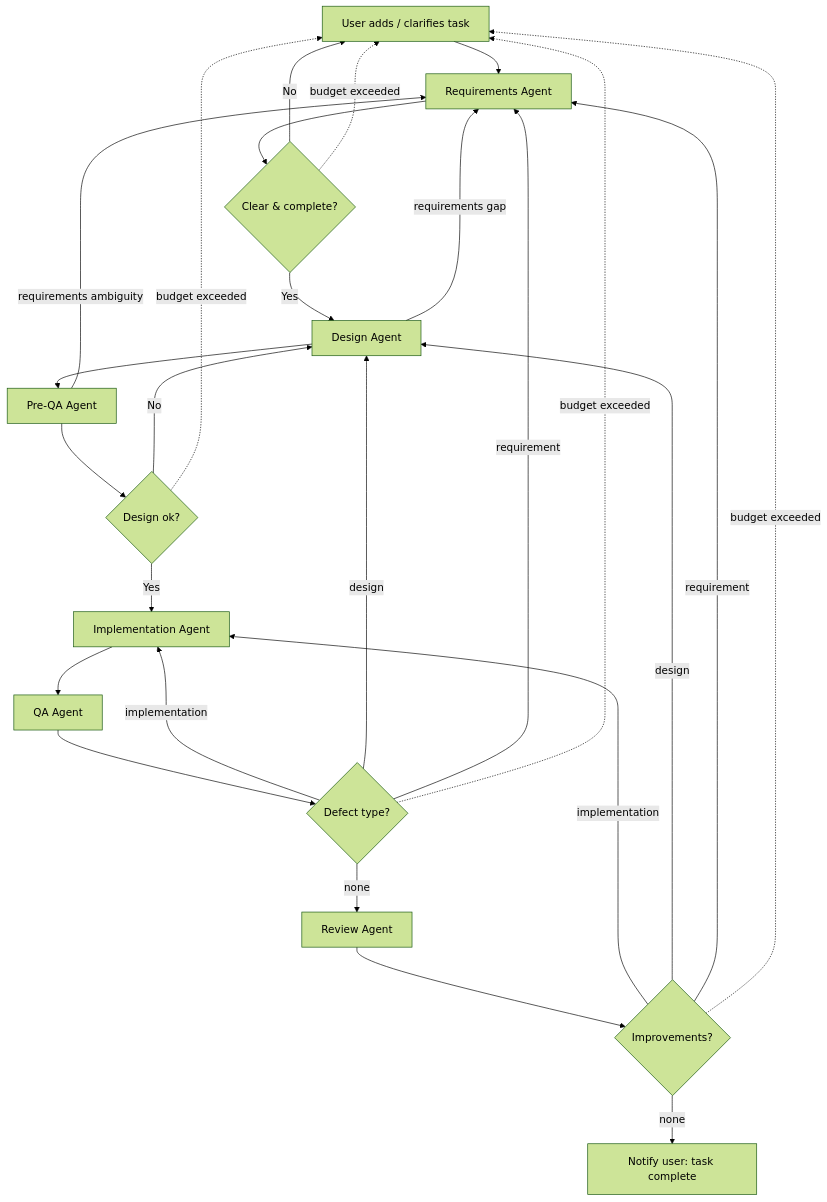
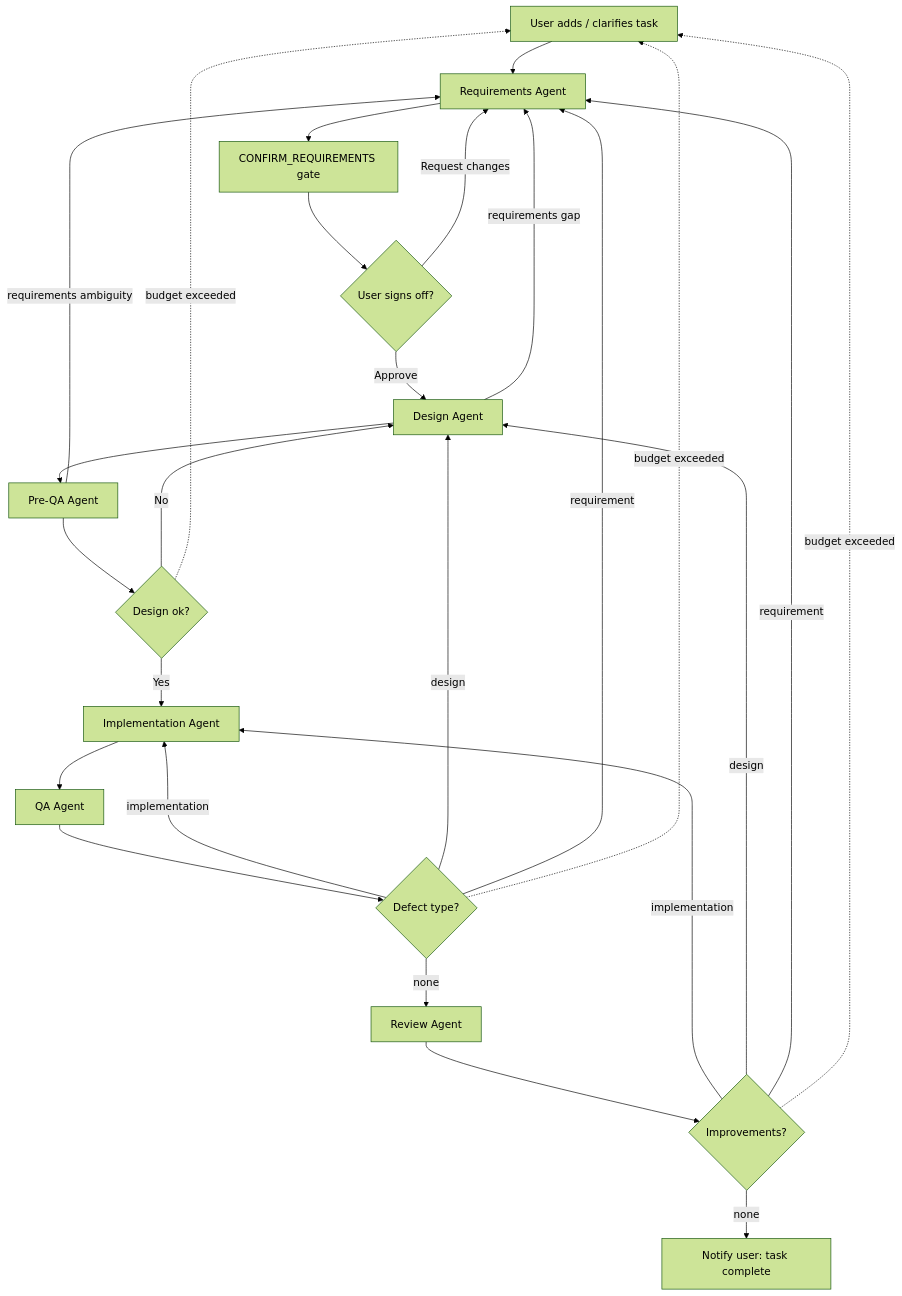
One commit to funduck/agentic-sdlc changed the diagram in README.md. Above: the diagram before and after it, drawn with Mermaid (forest theme). The commit also changed other lines of this file and 11 other files, not shown here.

````diff
--- a/README.md
+++ b/README.md
@@ -38,33 +38,33 @@
 ```mermaid
 flowchart TB
     U[User adds / clarifies task] --> A[Requirements Agent]
-    A --> AA{Clear & complete?}
-    AA -- No --> U
-    AA -- Yes --> B[Design Agent]
+    A --> AA[CONFIRM_REQUIREMENTS gate]
+    AA --> UU{User signs off?}
+    UU -- Request changes --> A
+    UU -- Approve --> B[Design Agent]
 
     B -->|requirements gap| A
     B --> C[Pre-QA Agent]
 
     C -->|requirements ambiguity| A
     C --> CC{Design ok?}
     CC -- No --> B
     CC -- Yes --> D[Implementation Agent]
 
     D --> E[QA Agent]
     E --> EE{Defect type?}
     EE -- implementation --> D
     EE -- design --> B
     EE -- requirement --> A
     EE -- none --> F[Review Agent]
 
     F --> FF{Improvements?}
     FF -- implementation --> D
     FF -- design --> B
     FF -- requirement --> A
     FF -- none --> G[Notify user: task complete]
 
-    AA -. budget exceeded .-> U
     CC -. budget exceeded .-> U
     EE -. budget exceeded .-> U
     FF -. budget exceeded .-> U
 ```
````
